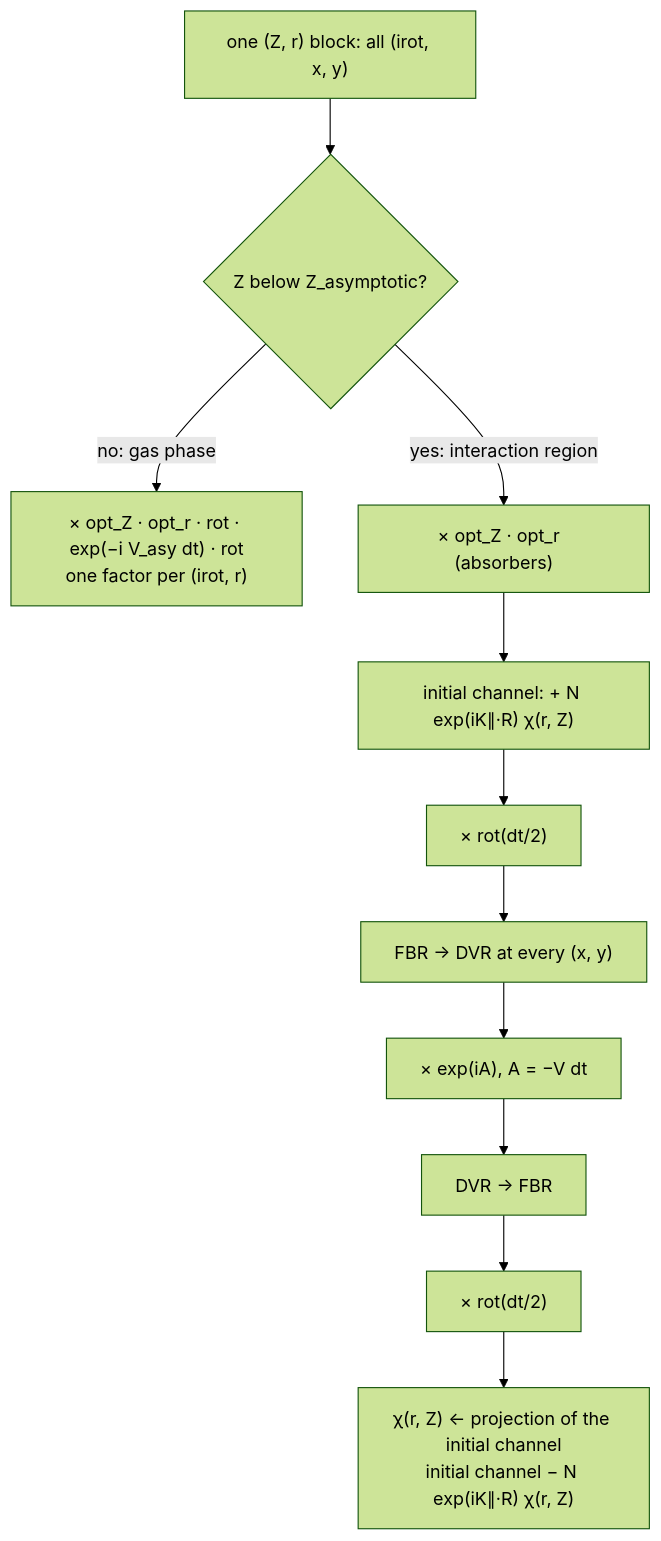
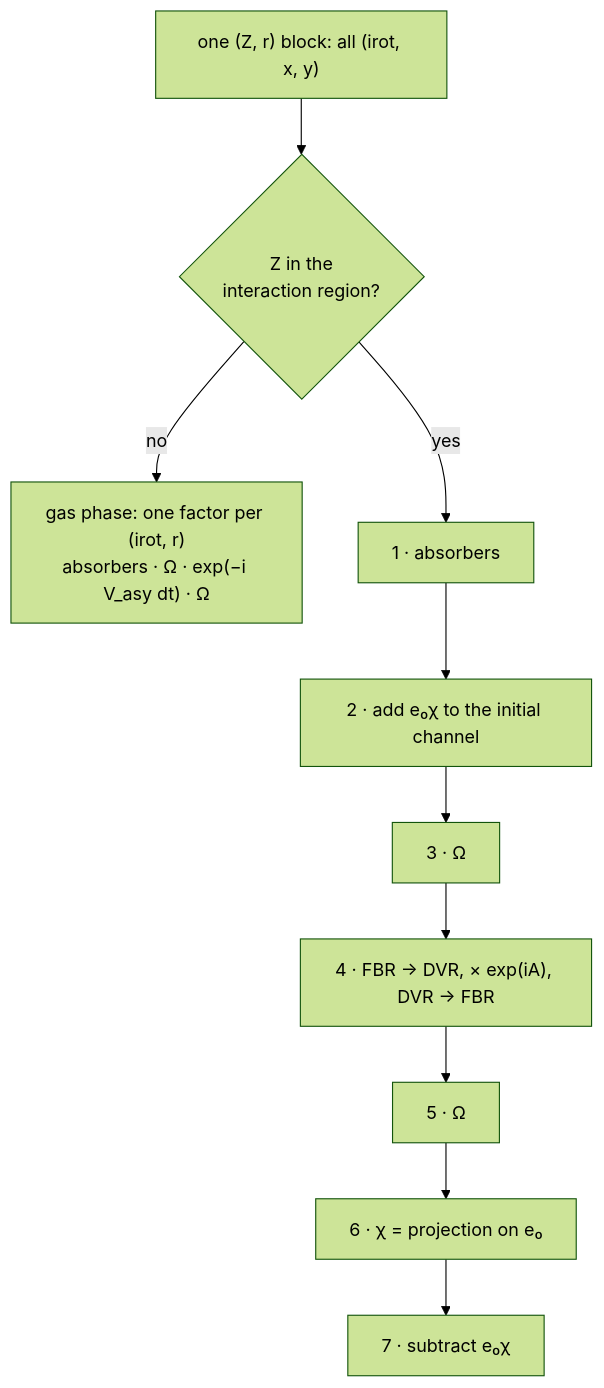
The fifth of 6 diagrams in src/propagation/README.md (ewfsmeets/Cpp-SPO-DVR), drawn with Mermaid (forest theme) before and after one commit. The commit also changed other lines of this file, not shown here.

````diff
--- a/src/propagation/README.md
+++ b/src/propagation/README.md
@@ -351,13 +391,12 @@
 ```mermaid
 flowchart TB
-    blk["one (Z, r) block: all (irot, x, y)"] --> region{"Z below Z_asymptotic?"}
-    region -->|"no: gas phase"| gas["× opt_Z · opt_r · rot · exp(−i V_asy dt) · rot<br/>one factor per (irot, r)"]
-    region -->|"yes: interaction region"| abs["× opt_Z · opt_r  (absorbers)"]
-    abs --> add["initial channel: + N exp(iK∥·R) χ(r, Z)"]
-    add --> r1["× rot(dt/2)"]
-    r1 --> dvr["FBR → DVR at every (x, y)"]
-    dvr --> pot["× exp(iA),  A = −V dt"]
-    pot --> fbr["DVR → FBR"]
-    fbr --> r2["× rot(dt/2)"]
-    r2 --> proj["χ(r, Z) ← projection of the initial channel<br/>initial channel − N exp(iK∥·R) χ(r, Z)"]
+    blk["one (Z, r) block: all (irot, x, y)"] --> region{"Z in the<br/>interaction region?"}
+    region -->|"no"| gas["gas phase: one factor per (irot, r)<br/>absorbers · Ω · exp(−i V_asy dt) · Ω"]
+    region -->|"yes"| s1["1 · absorbers"]
+    s1 --> s2["2 · add e₀χ to the initial channel"]
+    s2 --> s3["3 · Ω"]
+    s3 --> s4["4 · FBR → DVR, × exp(iA), DVR → FBR"]
+    s4 --> s5["5 · Ω"]
+    s5 --> s6["6 · χ = projection on e₀"]
+    s6 --> s7["7 · subtract e₀χ"]
 ```
````
